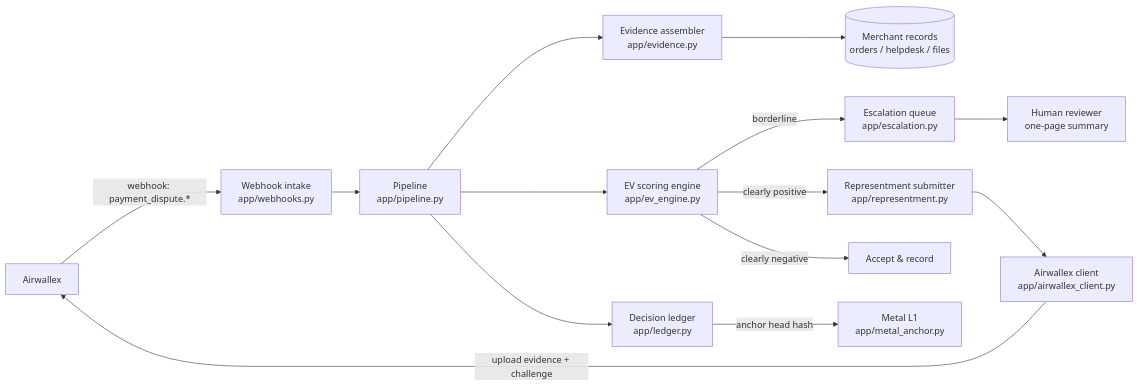
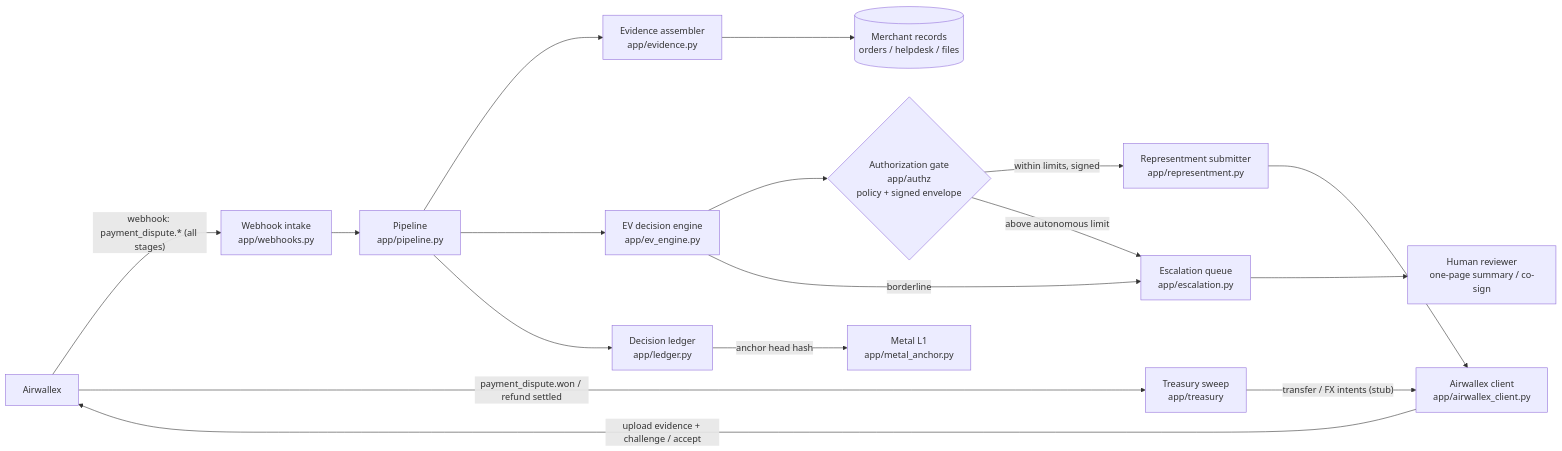
The diagram in README.md (QuincyGB/verity-dispute-agent), drawn with Mermaid before and after one commit. The commit also changed other lines of this file and 13 other files, not shown here.

````diff
--- a/README.md
+++ b/README.md
@@ -30,16 +53,19 @@
 ```mermaid
 flowchart LR
-    AW[Airwallex] -->|"webhook: payment_dispute.*"| WH[Webhook intake<br/>app/webhooks.py]
+    AW[Airwallex] -->|"webhook: payment_dispute.* (all stages)"| WH[Webhook intake<br/>app/webhooks.py]
     WH --> PL[Pipeline<br/>app/pipeline.py]
     PL --> EV_ASM[Evidence assembler<br/>app/evidence.py]
     EV_ASM --> REC[(Merchant records<br/>orders / helpdesk / files)]
-    PL --> EV[EV scoring engine<br/>app/ev_engine.py]
-    EV -->|clearly positive| REP[Representment submitter<br/>app/representment.py]
+    PL --> EV[EV decision engine<br/>app/ev_engine.py]
+    EV --> AUTHZ{Authorization gate<br/>app/authz<br/>policy + signed envelope}
+    AUTHZ -->|"within limits, signed"| REP[Representment submitter<br/>app/representment.py]
     REP --> CLIENT[Airwallex client<br/>app/airwallex_client.py]
-    CLIENT -->|"upload evidence + challenge"| AW
-    EV -->|borderline| ESC[Escalation queue<br/>app/escalation.py]
-    ESC --> HUMAN[Human reviewer<br/>one-page summary]
-    EV -->|clearly negative| ACC[Accept &amp; record]
+    CLIENT -->|"upload evidence + challenge / accept"| AW
+    AUTHZ -->|"above autonomous limit"| ESC[Escalation queue<br/>app/escalation.py]
+    EV -->|borderline| ESC
+    ESC --> HUMAN[Human reviewer<br/>one-page summary / co-sign]
+    AW -->|"payment_dispute.won / refund settled"| TRE[Treasury sweep<br/>app/treasury]
+    TRE -->|"transfer / FX intents (stub)"| CLIENT
     PL --> LED[Decision ledger<br/>app/ledger.py]
     LED -->|"anchor head hash"| METAL[Metal L1<br/>app/metal_anchor.py]
 ```
````
